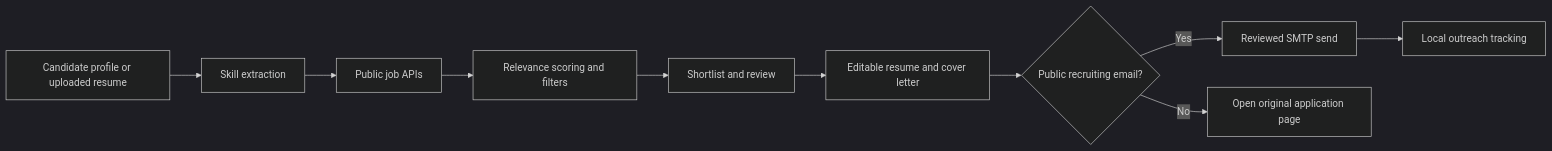
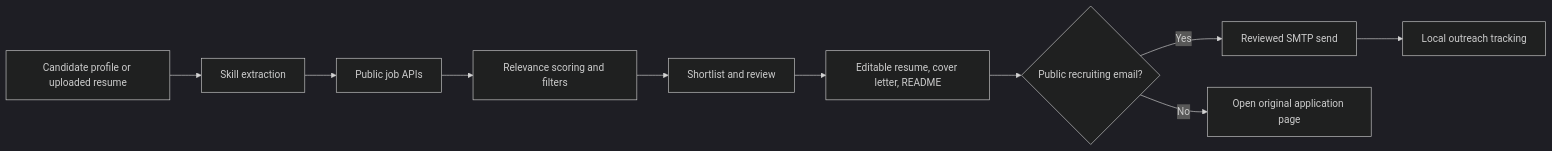
The diagram in README.md (Birukfm/career-dispatch), drawn with Mermaid (dark theme) before and after one commit. The commit also changed other lines of this file and 4 other files, not shown here.

````diff
--- a/README.md
+++ b/README.md
@@ -67,12 +39,12 @@
 ```mermaid
 flowchart LR
     A[Candidate profile or uploaded resume] --> B[Skill extraction]
     B --> C[Public job APIs]
     C --> D[Relevance scoring and filters]
     D --> E[Shortlist and review]
-    E --> F[Editable resume and cover letter]
+    E --> F[Editable resume, cover letter, README]
     F --> G{Public recruiting email?}
     G -- Yes --> H[Reviewed SMTP send]
     G -- No --> I[Open original application page]
     H --> J[Local outreach tracking]
 ```
````
